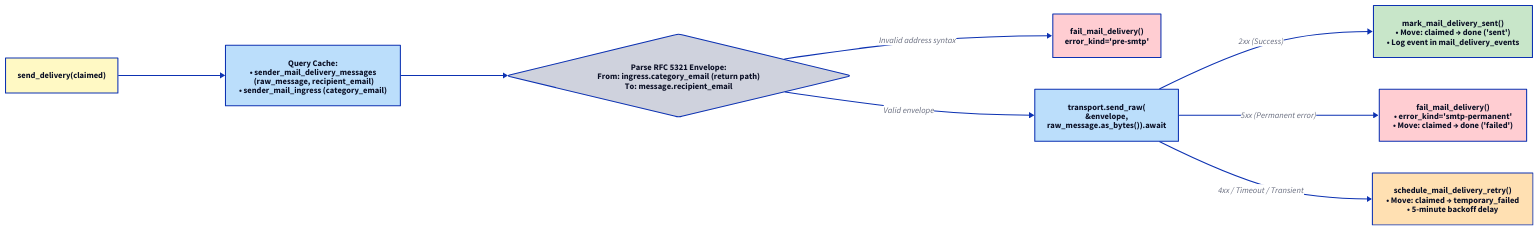
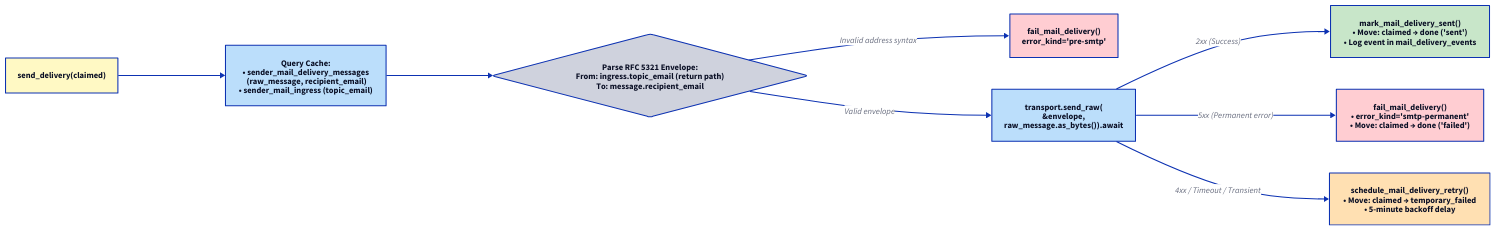
One commit to enaut/kommunikationszentrum changed the diagram in docs/src/core/sender/control-flow-send-delivery.d2. Above: the diagram before and after it, drawn with D2. The commit also changed 217 other files, not shown here.

```diff
--- a/docs/src/core/sender/control-flow-send-delivery.d2
+++ b/docs/src/core/sender/control-flow-send-delivery.d2
@@ -1,20 +1,20 @@
 direction: right
 
 start: "send_delivery(claimed)" { style.fill: "#fff9c4" }
-lookup: "Query Cache:\n• sender_mail_delivery_messages\n  (raw_message, recipient_email)\n• sender_mail_ingress (category_email)" { style.fill: "#bbdefb" }
+lookup: "Query Cache:\n• sender_mail_delivery_messages\n  (raw_message, recipient_email)\n• sender_mail_ingress (topic_email)" { style.fill: "#bbdefb" }
 
-env: "Parse RFC 5321 Envelope:\nFrom: ingress.category_email (return path)\nTo: message.recipient_email" { shape: diamond }
+env: "Parse RFC 5321 Envelope:\nFrom: ingress.topic_email (return path)\nTo: message.recipient_email" { shape: diamond }
 pre_err: "fail_mail_delivery()\nerror_kind='pre-smtp'" { style.fill: "#ffcdd2" }
 smtp: "transport.send_raw(\n&envelope,\nraw_message.as_bytes()).await" { style.fill: "#bbdefb" }
 
 ok: "mark_mail_delivery_sent()\n• Move: claimed → done ('sent')\n• Log event in mail_delivery_events" { style.fill: "#c8e6c9" }
 perm: "fail_mail_delivery()\n• error_kind='smtp-permanent'\n• Move: claimed → done ('failed')" { style.fill: "#ffcdd2" }
 trans: "schedule_mail_delivery_retry()\n• Move: claimed → temporary_failed\n• 5-minute backoff delay" { style.fill: "#ffe0b2" }
 
 start -> lookup -> env
 env -> pre_err: "Invalid address syntax"
 env -> smtp: "Valid envelope"
 
 smtp -> ok: "2xx (Success)"
 smtp -> perm: "5xx (Permanent error)"
 smtp -> trans: "4xx / Timeout / Transient"
```
